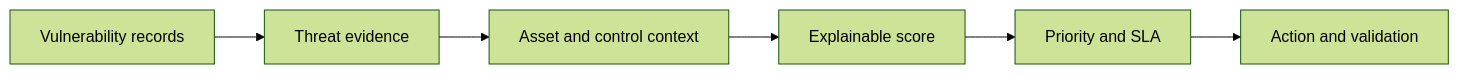
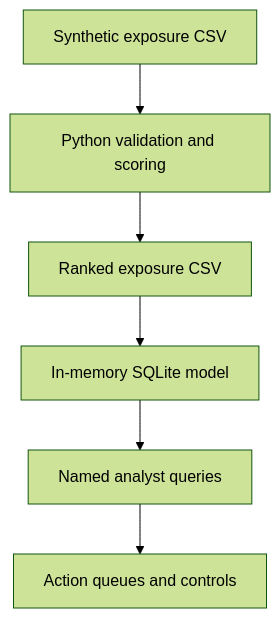
One commit to cnyarotso/cnyarotso changed the diagram in projects/threat-informed-exposure-management/README.md. Above: the diagram before and after it, drawn with Mermaid (forest theme). The commit also changed other lines of this file and 6 other files, not shown here.

````diff
--- a/projects/threat-informed-exposure-management/README.md
+++ b/projects/threat-informed-exposure-management/README.md
@@ -24,8 +24,8 @@
 ```mermaid
-flowchart LR
-    A["Vulnerability records"] --> B["Threat evidence"]
-    B --> C["Asset and control context"]
-    C --> D["Explainable score"]
-    D --> E["Priority and SLA"]
-    E --> F["Action and validation"]
+flowchart TD
+    A["Synthetic exposure CSV"] --> B["Python validation and scoring"]
+    B --> C["Ranked exposure CSV"]
+    C --> D["In-memory SQLite model"]
+    D --> E["Named analyst queries"]
+    E --> F["Action queues and controls"]
 ```
````
